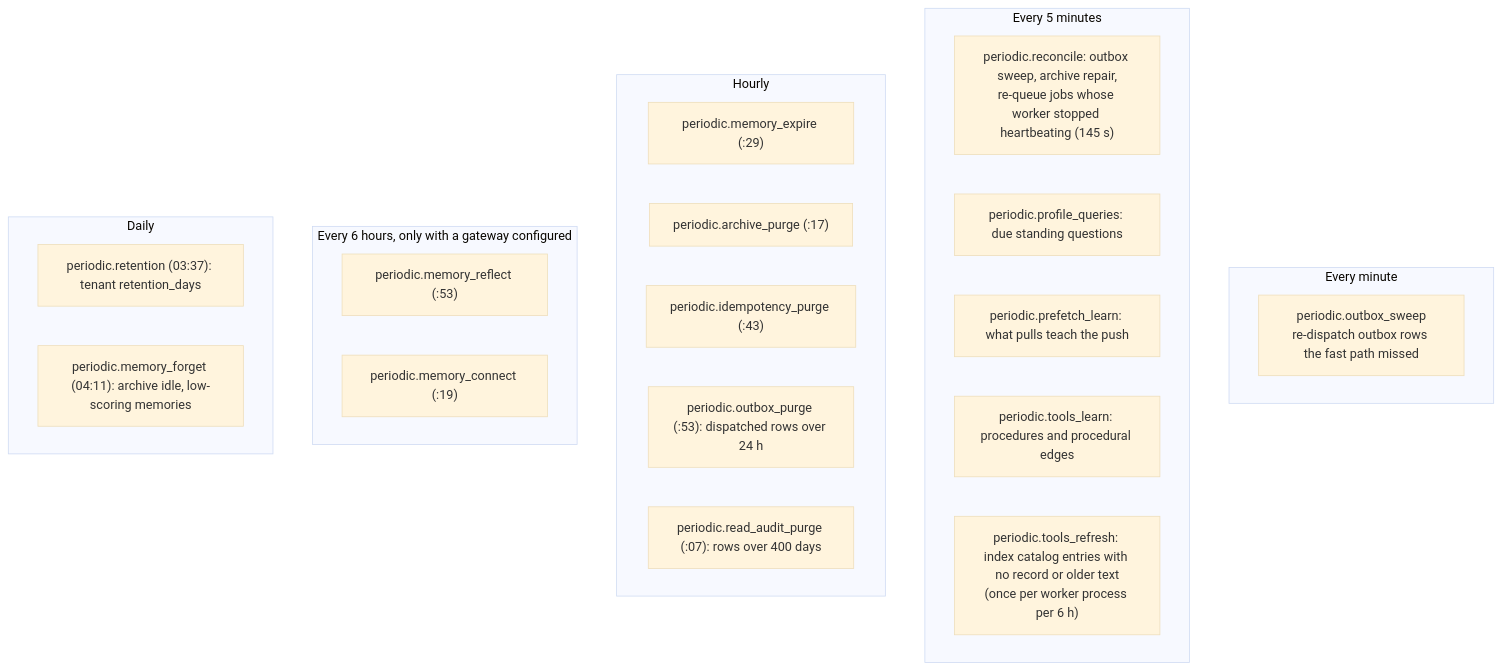
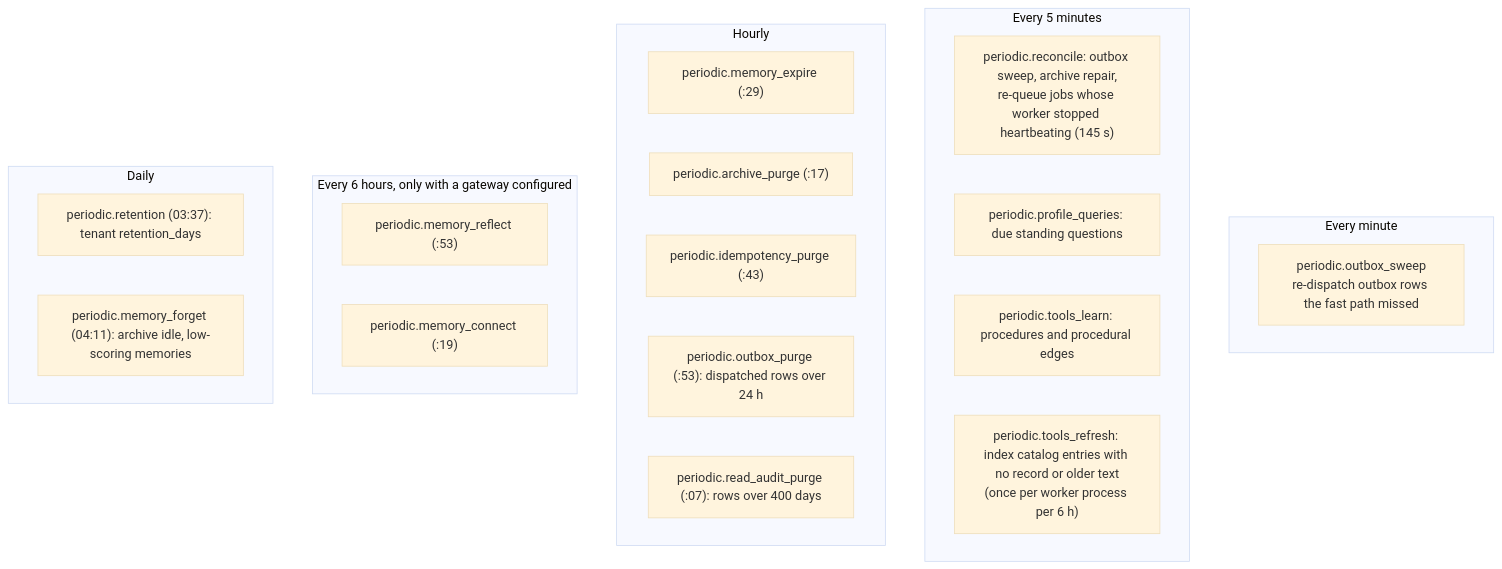
The second of 2 diagrams in docs/guide/11-operations.md (amitmohapatra/agent-memory-service), drawn with Mermaid (base theme) before and after one commit. The commit also changed 56 other files, not shown here.

````diff
--- a/docs/guide/11-operations.md
+++ b/docs/guide/11-operations.md
@@ -206,28 +206,27 @@
 ```mermaid
 flowchart TB
   subgraph minute[Every minute]
     OS["periodic.outbox_sweep<br/>re-dispatch outbox rows the fast path missed"]
   end
   subgraph five[Every 5 minutes]
     RC["periodic.reconcile: outbox sweep, archive repair,<br/>re-queue jobs whose worker stopped heartbeating (145 s)"]
     PQ["periodic.profile_queries: due standing questions"]
-    PL["periodic.prefetch_learn: what pulls teach the push"]
     TL["periodic.tools_learn: procedures and procedural edges"]
     TR["periodic.tools_refresh: index catalog entries with no record or older text<br/>(once per worker process per 6 h)"]
   end
   subgraph hourly[Hourly]
     EX["periodic.memory_expire (:29)"]
     AP["periodic.archive_purge (:17)"]
     IP["periodic.idempotency_purge (:43)"]
     OP["periodic.outbox_purge (:53): dispatched rows over 24 h"]
     RA["periodic.read_audit_purge (:07): rows over 400 days"]
   end
   subgraph six[Every 6 hours, only with a gateway configured]
     RF["periodic.memory_reflect (:53)"]
     CN["periodic.memory_connect (:19)"]
   end
   subgraph daily[Daily]
     RT["periodic.retention (03:37): tenant retention_days"]
     FG["periodic.memory_forget (04:11): archive idle, low-scoring memories"]
   end
 ```
````
